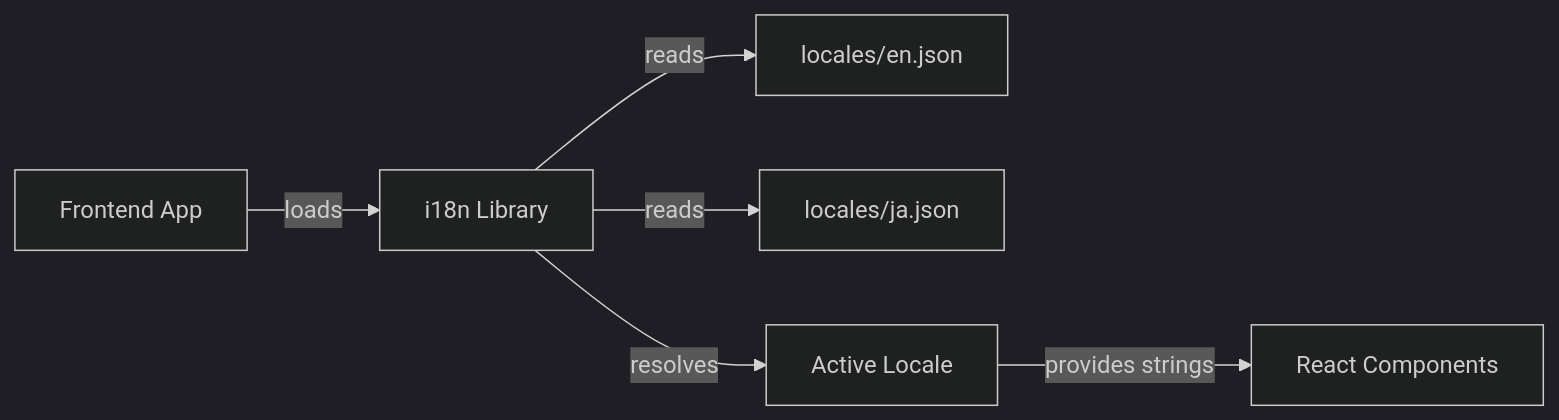
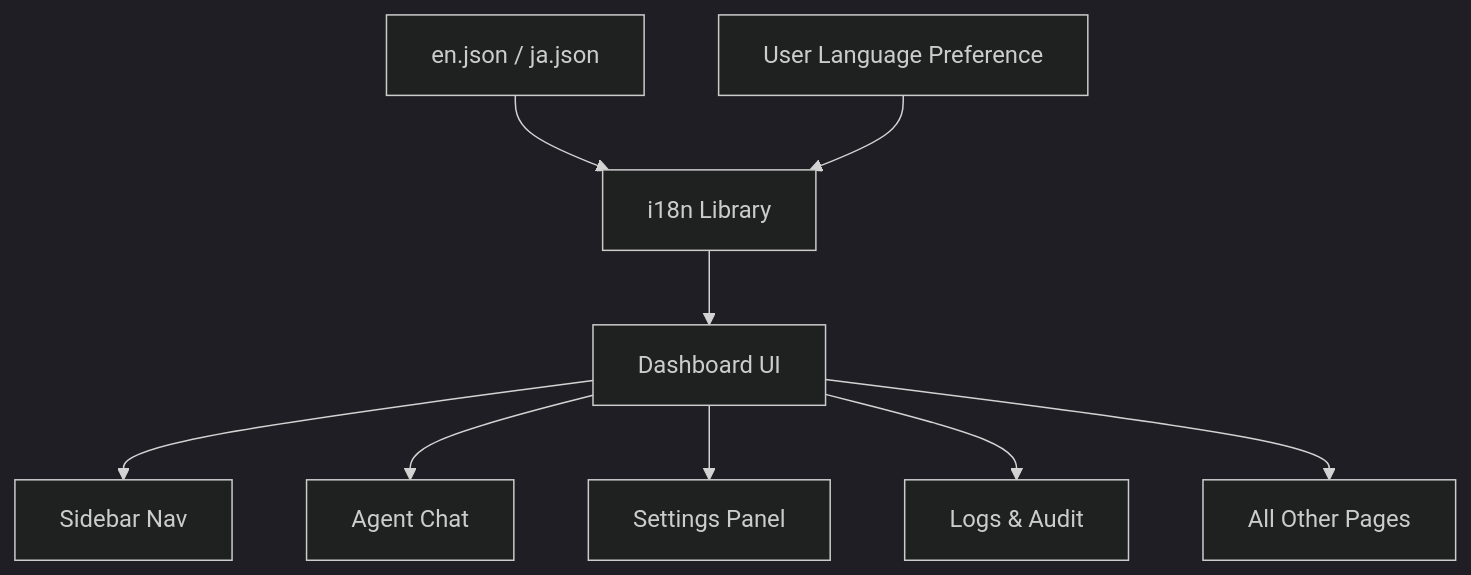
The diagram in other-librefang-api-static.md (leszek3737/librefang-WIki), drawn with Mermaid (dark theme) before and after one commit. The commit also changed other lines of this file and 118 other files, not shown here.

````diff
--- a/other-librefang-api-static.md
+++ b/other-librefang-api-static.md
@@ -126,8 +106,11 @@
 ```mermaid
-graph LR
-    A[Frontend App] -->|loads| B[i18n Library]
-    B -->|reads| C[locales/en.json]
-    B -->|reads| D[locales/ja.json]
-    B -->|resolves| E[Active Locale]
-    E -->|provides strings| F[React Components]
+graph TD
+    A[en.json / ja.json] --> B[i18n Library]
+    B --> C[Dashboard UI]
+    C --> D[Sidebar Nav]
+    C --> E[Agent Chat]
+    C --> F[Settings Panel]
+    C --> G[Logs & Audit]
+    C --> H[All Other Pages]
+    I[User Language Preference] --> B
 ```
````
